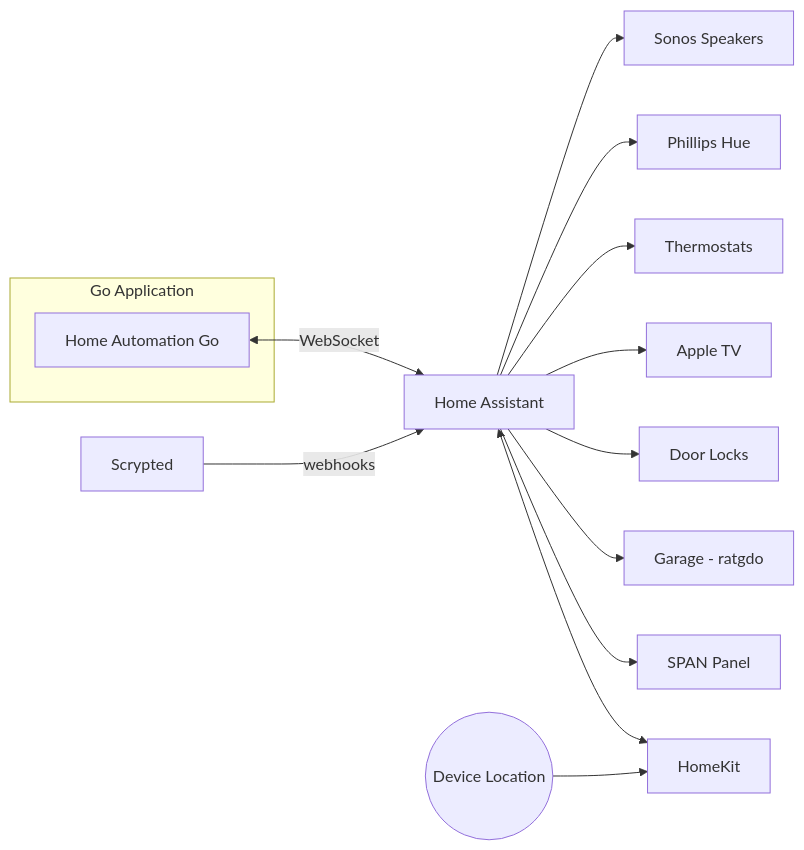
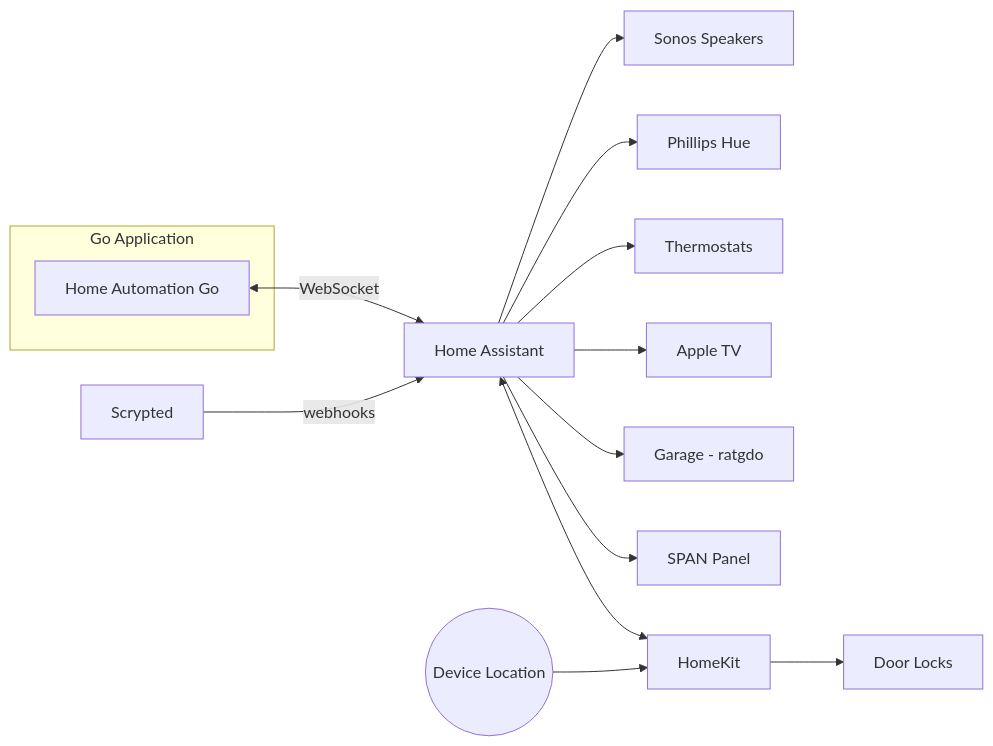
Before and after one commit to NickBorgers/home-automation: the diagram in README.md, drawn with Mermaid.

Commit message:
fix: Correct architecture diagram - door locks via HomeKit
Door locks are controlled through HomeKit, not directly by Home Assistant.
The Go app sets input_boolean.lockdown which HomeKit acts on.

🤖 Generated with [Claude Code](https://claude.com/claude-code)

````diff
--- a/README.md
+++ b/README.md
@@ -7,17 +7,17 @@
 ```mermaid
 flowchart LR
     subgraph "Go Application"
         A[Home Automation Go]
     end
     A <-->|WebSocket| B[Home Assistant]
     B --> C[Sonos Speakers]
     B --> D[Phillips Hue]
     B --> E[Thermostats]
     B --> F[Apple TV]
-    B --> G[Door Locks]
-    B --> H[Garage - ratgdo]
-    B --> I[SPAN Panel]
-    B <--> J[HomeKit]
+    B --> G[Garage - ratgdo]
+    B --> H[SPAN Panel]
+    B <--> I[HomeKit]
+    I --> J[Door Locks]
     K[Scrypted] -->|webhooks| B
-    L((Device Location)) --> J
+    L((Device Location)) --> I
 ```
````
